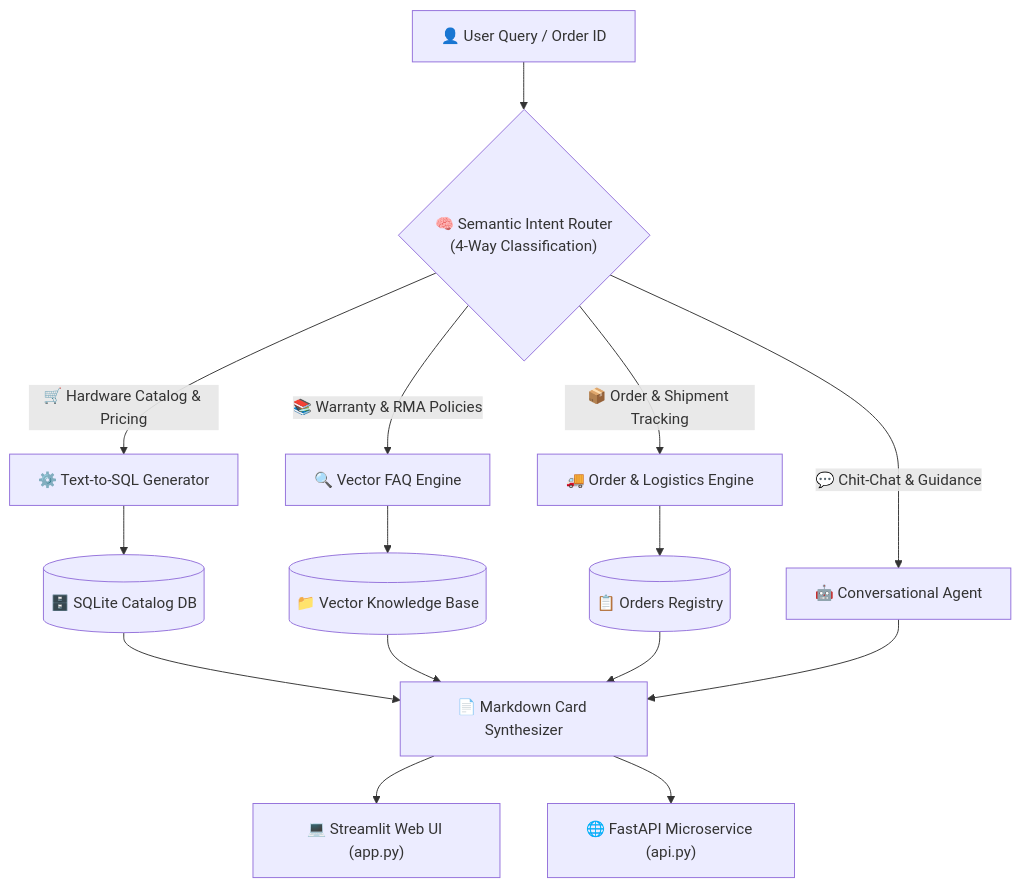
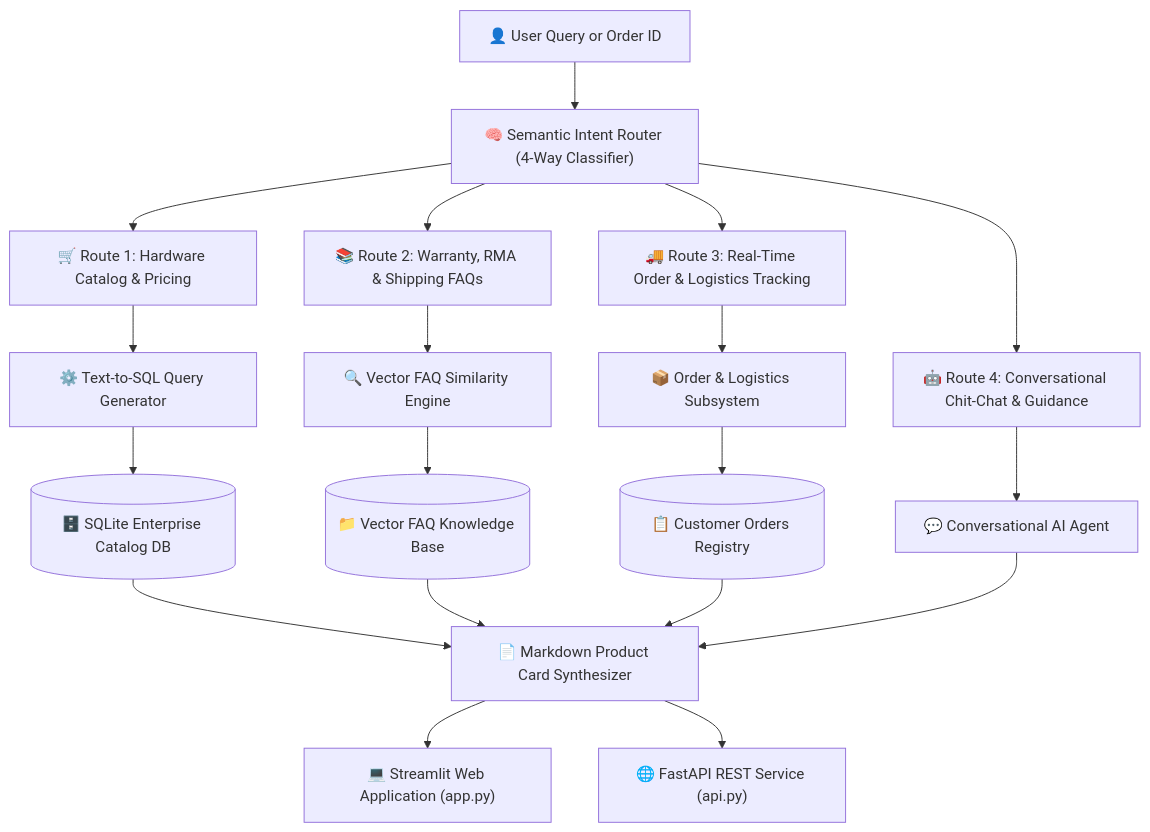
The diagram in README.md (Harish-Mathematican/GyanLabs-Agentic-Commerce-Chatbot), drawn with Mermaid before and after one commit.

Commit message:
fix: restructure Mermaid architecture diagram with discrete route nodes to eliminate GitHub text truncation

````diff
--- a/README.md
+++ b/README.md
@@ -20,21 +20,26 @@
 ```mermaid
 flowchart TD
-    UserQuery["👤 User Query / Order ID"] --> Router{"🧠 Semantic Intent Router<br/>(4-Way Classification)"}
+    User["👤 User Query or Order ID"] --> Router["🧠 Semantic Intent Router (4-Way Classifier)"]
 
-    Router -->|"🛒 Hardware Catalog & Pricing"| SQLGen["⚙️ Text-to-SQL Generator"]
-    Router -->|"📚 Warranty & RMA Policies"| FAQVector["🔍 Vector FAQ Engine"]
-    Router -->|"📦 Order & Shipment Tracking"| OrderTracker["🚚 Order & Logistics Engine"]
-    Router -->|"💬 Chit-Chat & Guidance"| SmallTalk["🤖 Conversational Agent"]
+    Router --> Route1["🛒 Route 1: Hardware Catalog & Pricing"]
+    Router --> Route2["📚 Route 2: Warranty, RMA & Shipping FAQs"]
+    Router --> Route3["🚚 Route 3: Real-Time Order & Logistics Tracking"]
+    Router --> Route4["🤖 Route 4: Conversational Chit-Chat & Guidance"]
 
-    SQLGen --> SQLDB[("🗄️ SQLite Catalog DB")]
-    FAQVector --> FAQDB[("📁 Vector Knowledge Base")]
-    OrderTracker --> OrdersDB[("📋 Orders Registry")]
+    Route1 --> SQLGen["⚙️ Text-to-SQL Query Generator"]
+    Route2 --> FAQVector["🔍 Vector FAQ Similarity Engine"]
+    Route3 --> OrderTracker["📦 Order & Logistics Subsystem"]
+    Route4 --> SmallTalk["💬 Conversational AI Agent"]
 
-    SQLDB --> Formatter["📄 Markdown Card Synthesizer"]
+    SQLGen --> SQLDB[("🗄️ SQLite Enterprise Catalog DB")]
+    FAQVector --> FAQDB[("📁 Vector FAQ Knowledge Base")]
+    OrderTracker --> OrdersDB[("📋 Customer Orders Registry")]
+
+    SQLDB --> Formatter["📄 Markdown Product Card Synthesizer"]
     FAQDB --> Formatter
     OrdersDB --> Formatter
     SmallTalk --> Formatter
 
-    Formatter --> StreamlitUI["💻 Streamlit Web UI (app.py)"]
-    Formatter --> RESTAPI["🌐 FastAPI Microservice (api.py)"]
+    Formatter --> UI["💻 Streamlit Web Application (app.py)"]
+    Formatter --> API["🌐 FastAPI REST Service (api.py)"]
 ```
````
